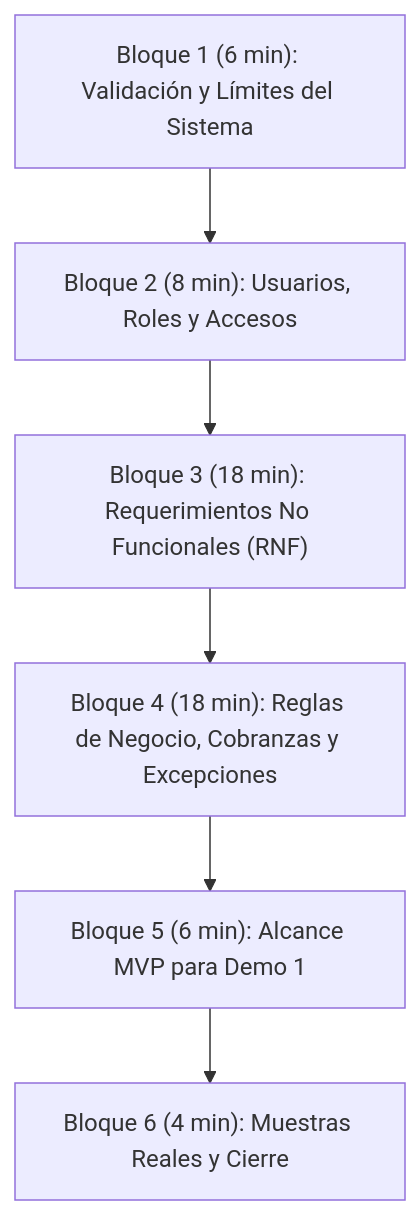
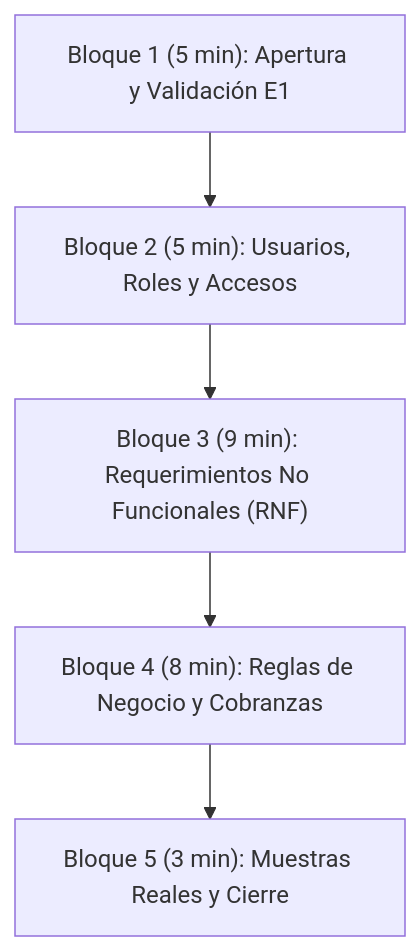
One commit to enzogiandon/Proyecto_Ing-software changed the diagram in Entrevistas/Entrevista 2/Preguntas_Entrevista2.md. Above: the diagram before and after it, drawn with Mermaid. The commit also changed other lines of this file and 15 other files, not shown here.

````diff
--- a/Entrevistas/Entrevista 2/Preguntas_Entrevista2.md
+++ b/Entrevistas/Entrevista 2/Preguntas_Entrevista2.md
@@ -38,8 +38,7 @@
 ```mermaid
 flowchart TD
-    B1["Bloque 1 (6 min): Validación y Límites del Sistema"] --> B2["Bloque 2 (8 min): Usuarios, Roles y Accesos"]
-    B2 --> B3["Bloque 3 (18 min): Requerimientos No Funcionales (RNF)"]
-    B3 --> B4["Bloque 4 (18 min): Reglas de Negocio, Cobranzas y Excepciones"]
-    B4 --> B5["Bloque 5 (6 min): Alcance MVP para Demo 1"]
-    B5 --> B6["Bloque 6 (4 min): Muestras Reales y Cierre"]
+    B1["Bloque 1 (5 min): Apertura y Validación E1"] --> B2["Bloque 2 (5 min): Usuarios, Roles y Accesos"]
+    B2 --> B3["Bloque 3 (9 min): Requerimientos No Funcionales (RNF)"]
+    B3 --> B4["Bloque 4 (8 min): Reglas de Negocio y Cobranzas"]
+    B4 --> B5["Bloque 5 (3 min): Muestras Reales y Cierre"]
 ```
````
